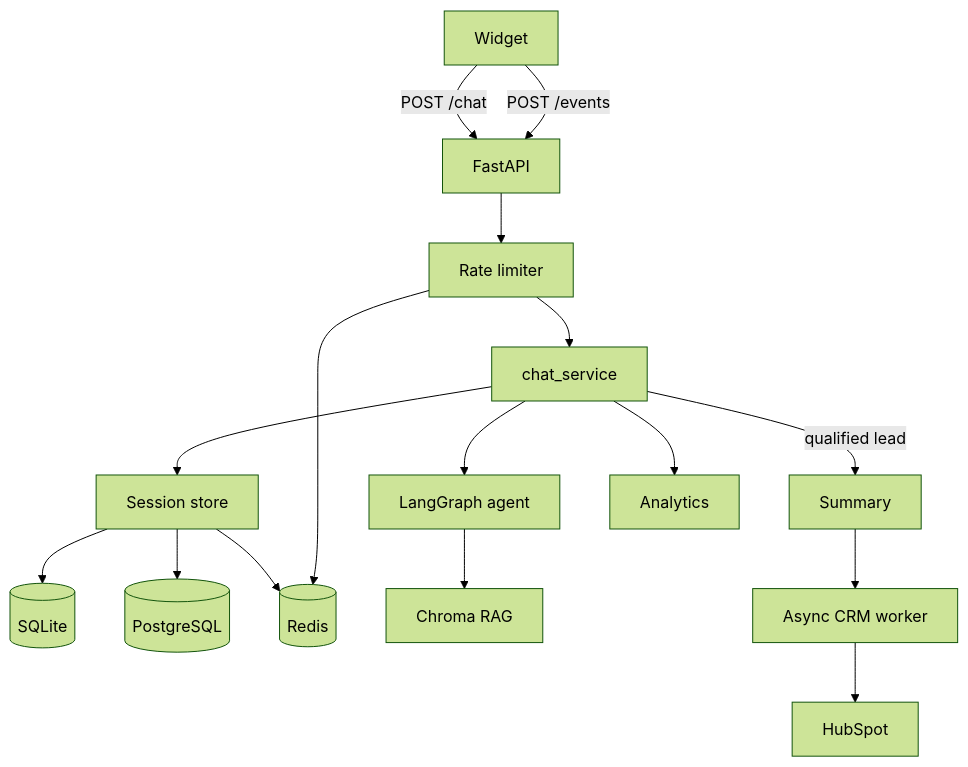
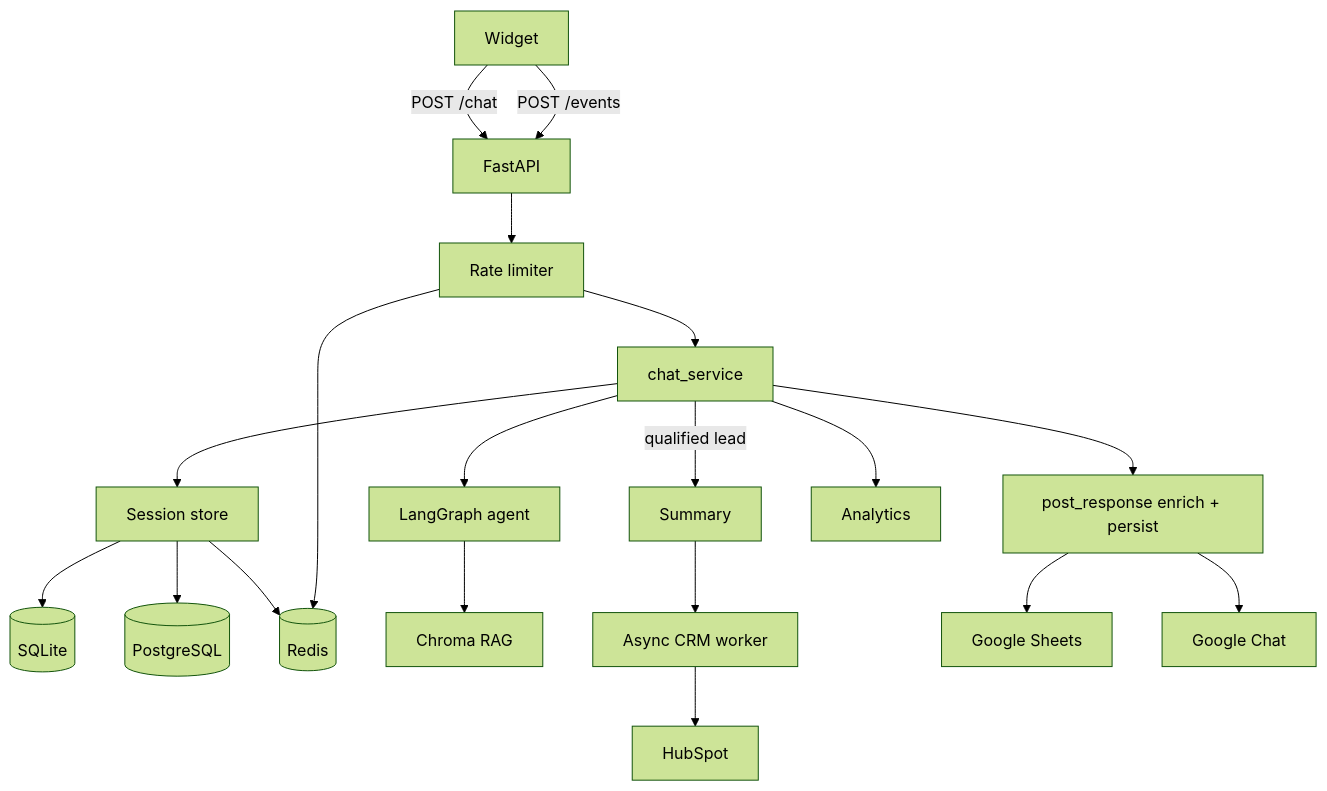
One commit to pranaya-mathur/help-assistant changed the fourth of 4 diagrams in README.md. Above: the diagram before and after it, drawn with Mermaid (forest theme). The commit also changed other lines of this file and 10 other files, not shown here.

````diff
--- a/README.md
+++ b/README.md
@@ -385,18 +397,21 @@
 ```mermaid
 flowchart TB
   Widget[Widget] -->|"POST /chat"| API[FastAPI]
   Widget -->|"POST /events"| API
   API --> RL[Rate limiter]
   RL --> CS[chat_service]
   CS --> LG[LangGraph agent]
   CS --> SS[Session store]
   SS --> SQL[(SQLite)]
   SS --> PG[(PostgreSQL)]
   SS --> RD[(Redis)]
   RL --> RD
   LG --> VS[Chroma RAG]
   CS -->|"qualified lead"| SUM[Summary]
   SUM --> CRM[Async CRM worker]
   CRM --> HS[HubSpot]
+  CS --> PostEnrich[post_response enrich + persist]
+  PostEnrich --> Sheets[Google Sheets]
+  PostEnrich --> GChat[Google Chat]
   CS --> EV[Analytics]
 ```
````
